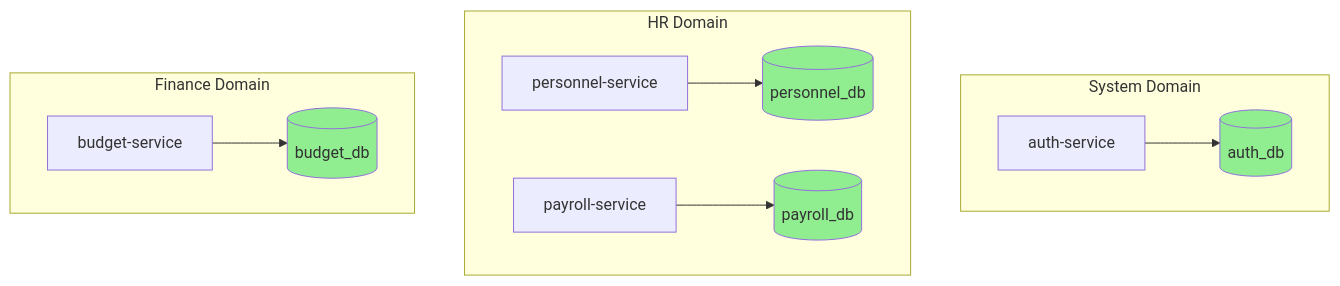
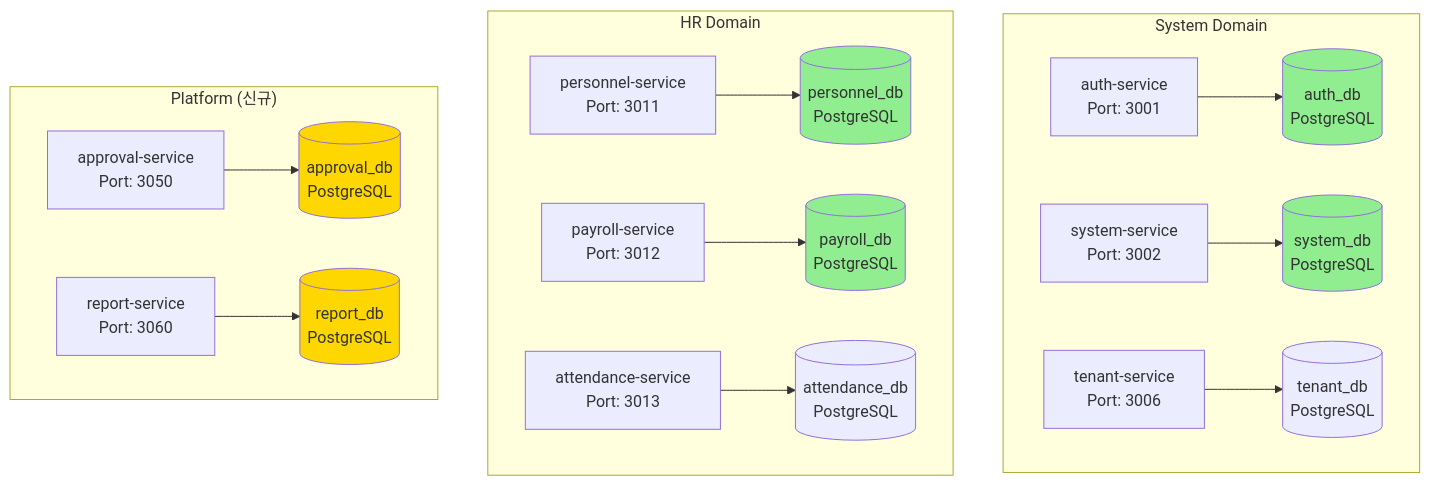
One commit to s99606931/all-erp changed the first of 2 diagrams in docs/architecture/microservices-architecture-review.md. Above: the diagram before and after it, drawn with Mermaid. The commit also changed other lines of this file and 153 other files, not shown here.

````diff
--- a/docs/architecture/microservices-architecture-review.md
+++ b/docs/architecture/microservices-architecture-review.md
@@ -79,29 +17,47 @@
 ```mermaid
 graph TB
-    subgraph System_Domain["System Domain"]
-        auth[auth-service]
-        auth_db[(auth_db)]
+    subgraph System["System Domain"]
+        auth[auth-service<br/>Port: 3001]
+        auth_db[(auth_db<br/>PostgreSQL)]
         auth --> auth_db
+        
+        system[system-service<br/>Port: 3002]
+        system_db[(system_db<br/>PostgreSQL)]
+        system --> system_db
+        
+        tenant[tenant-service<br/>Port: 3006]
+        tenant_db[(tenant_db<br/>PostgreSQL)]
+        tenant --> tenant_db
     end
     
-    subgraph HR_Domain["HR Domain"]
-        personnel[personnel-service]
-        personnel_db[(personnel_db)]
+    subgraph HR["HR Domain"]
+        personnel[personnel-service<br/>Port: 3011]
+        personnel_db[(personnel_db<br/>PostgreSQL)]
         personnel --> personnel_db
         
-        payroll[payroll-service]
-        payroll_db[(payroll_db)]
+        payroll[payroll-service<br/>Port: 3012]
+        payroll_db[(payroll_db<br/>PostgreSQL)]
         payroll --> payroll_db
+        
+        attendance[attendance-service<br/>Port: 3013]
+        attendance_db[(attendance_db<br/>PostgreSQL)]
+        attendance --> attendance_db
     end
     
-    subgraph Finance_Domain["Finance Domain"]
-        budget[budget-service]
-        budget_db[(budget_db)]
-        budget --> budget_db
+    subgraph Platform["Platform (신규)"]
+        approval[approval-service<br/>Port: 3050]
+        approval_db[(approval_db<br/>PostgreSQL)]
+        approval --> approval_db
+        
+        report[report-service<br/>Port: 3060]
+        report_db[(report_db<br/>PostgreSQL)]
+        report --> report_db
     end
     
     style auth_db fill:#90EE90
+    style system_db fill:#90EE90
     style personnel_db fill:#90EE90
     style payroll_db fill:#90EE90
-    style budget_db fill:#90EE90
+    style approval_db fill:#FFD700
+    style report_db fill:#FFD700
 ```
````
